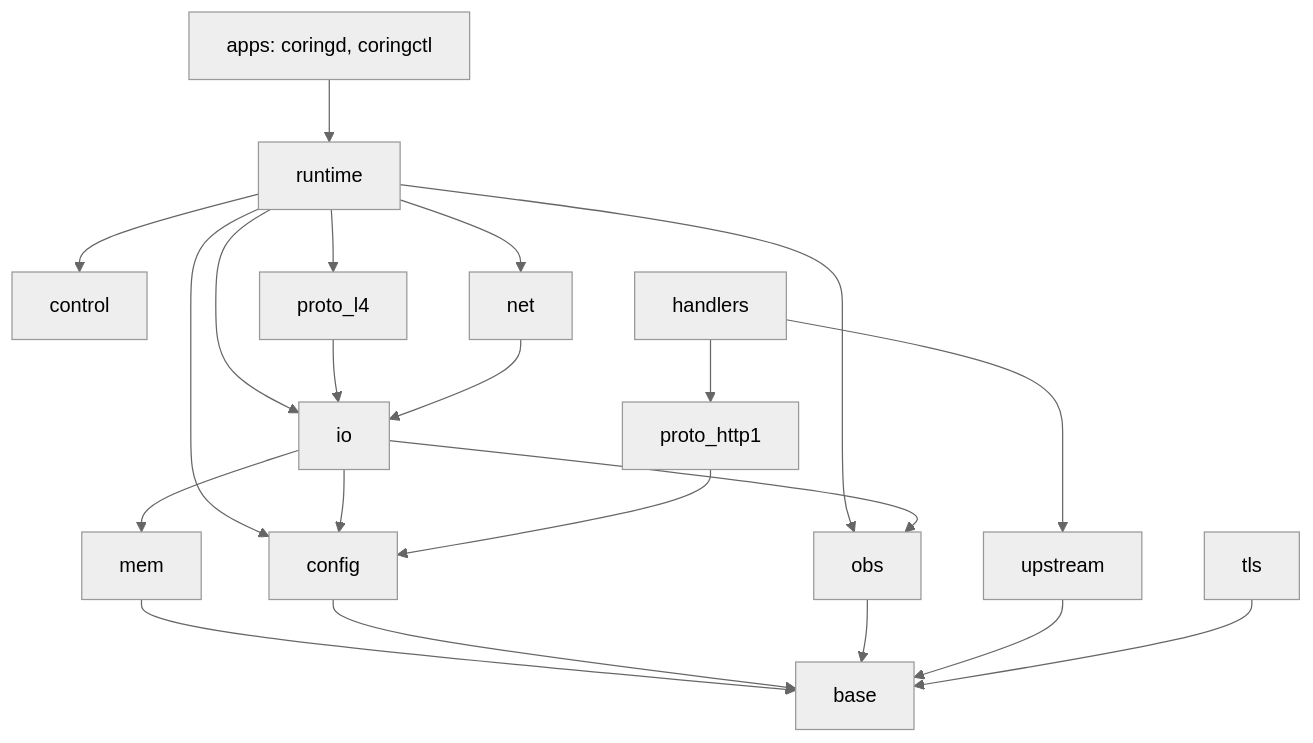
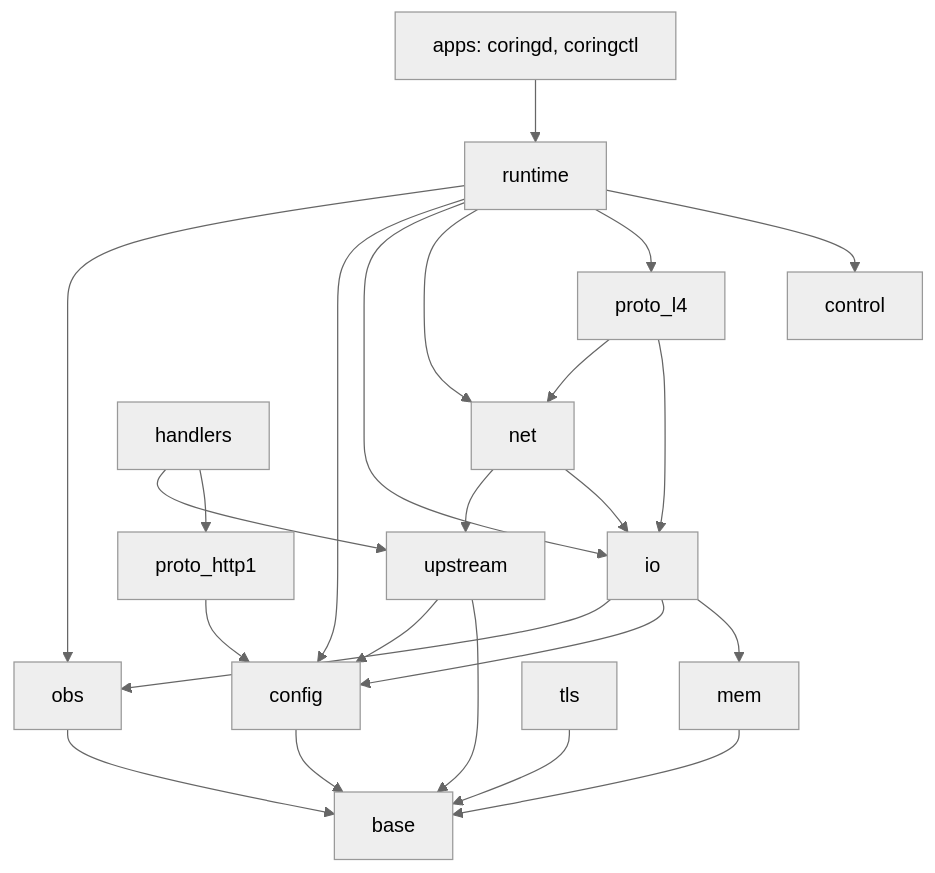
The first of 3 diagrams in docs/ARCHITECTURE.md (DarkXPixel/Coring), drawn with Mermaid (neutral theme) before and after one commit. The commit also changed other lines of this file and 70 other files, not shown here.

````diff
--- a/docs/ARCHITECTURE.md
+++ b/docs/ARCHITECTURE.md
@@ -20,23 +20,26 @@
 ```mermaid
 flowchart TD
   apps["apps: coringd, coringctl"] --> runtime
   runtime --> control
   runtime --> proto_l4
   runtime --> net
   runtime --> io
   runtime --> config
   runtime --> obs
   handlers --> proto_http1
   handlers --> upstream
   proto_l4 --> io
+  proto_l4 --> net
   net --> io
+  net --> upstream
   io --> mem
   io --> config
   io --> obs
   proto_http1 --> config
   mem --> base
   config --> base
   obs --> base
   upstream --> base
+  upstream --> config
   tls --> base
 ```
````
